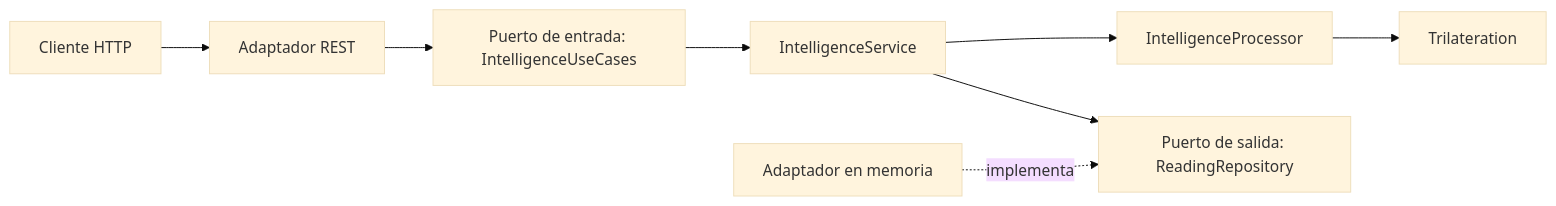
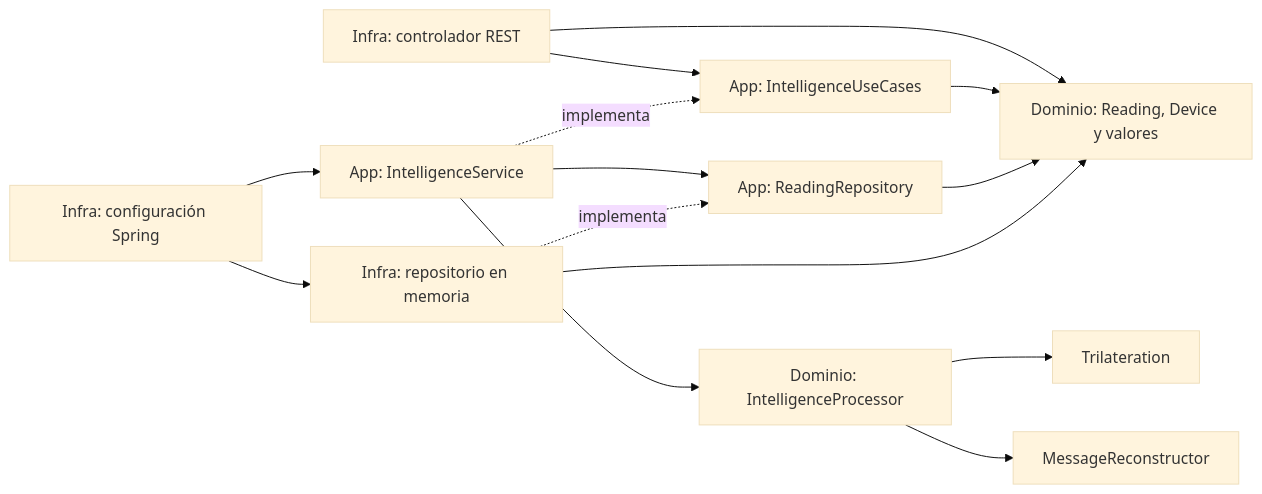
Before and after one commit to YustinBlakee/Operacion_alquimia_ExamenFinal-2026-2: the diagram in docs/architecture.md, drawn with Mermaid (base theme). The commit also changed other lines of this file and 24 other files, not shown here.

````diff
--- a/docs/architecture.md
+++ b/docs/architecture.md
@@ -52,10 +38,16 @@
 ```mermaid
 flowchart LR
-    HTTP[Cliente HTTP] --> Controller[Adaptador REST]
-    Controller --> In[Puerto de entrada: IntelligenceUseCases]
-    In --> Service[IntelligenceService]
-    Service --> Processor[IntelligenceProcessor]
+    Controller[Infra: controlador REST] --> In[App: IntelligenceUseCases]
+    Controller --> Model[Dominio: Reading, Device y valores]
+    Service[App: IntelligenceService] -. implementa .-> In
+    Service --> Out[App: ReadingRepository]
+    Service --> Processor[Dominio: IntelligenceProcessor]
+    In --> Model
+    Out --> Model
     Processor --> Math[Trilateration]
-    Service --> Out[Puerto de salida: ReadingRepository]
-    Memory[Adaptador en memoria] -. implementa .-> Out
+    Processor --> Message[MessageReconstructor]
+    Memory[Infra: repositorio en memoria] -. implementa .-> Out
+    Memory --> Model
+    Config[Infra: configuración Spring] --> Service
+    Config --> Memory
 ```
````
